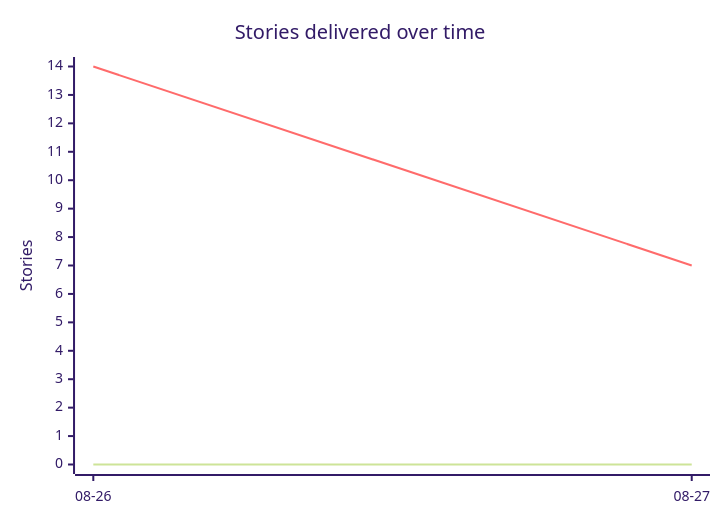
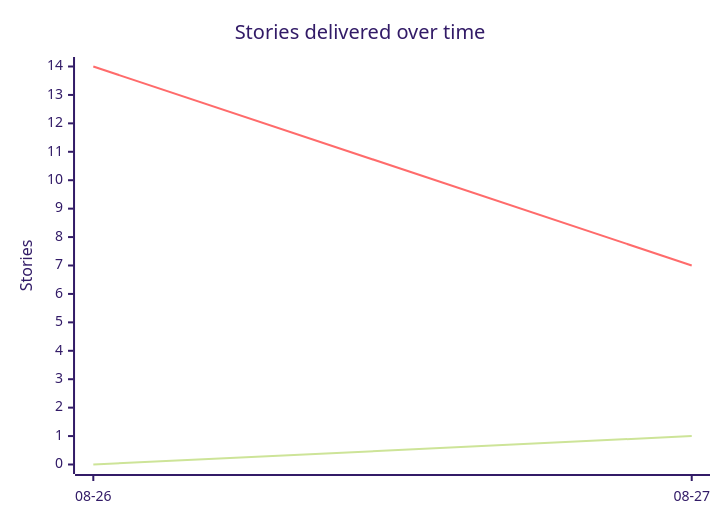
Before and after one commit to compadrejunior/postman-demo: the second of 2 diagrams in docs/project/DASHBOARD.md, drawn with Mermaid (forest theme). The commit also changed 10 other files, not shown here.

````diff
--- a/docs/project/DASHBOARD.md
+++ b/docs/project/DASHBOARD.md
@@ -23,8 +23,8 @@
 ```mermaid
 xychart-beta
     title "Stories delivered over time"
     x-axis [08-26, 08-27]
     y-axis "Stories" 0 --> 14
-    line [0, 0]
+    line [0, 1]
     line [14, 7]
 ```
````
